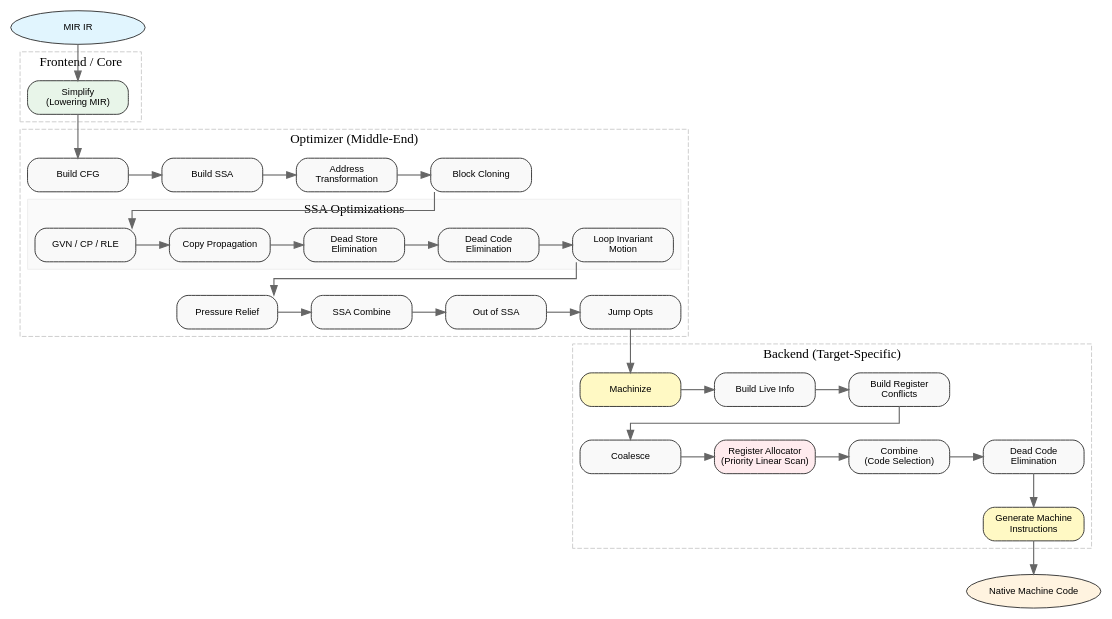
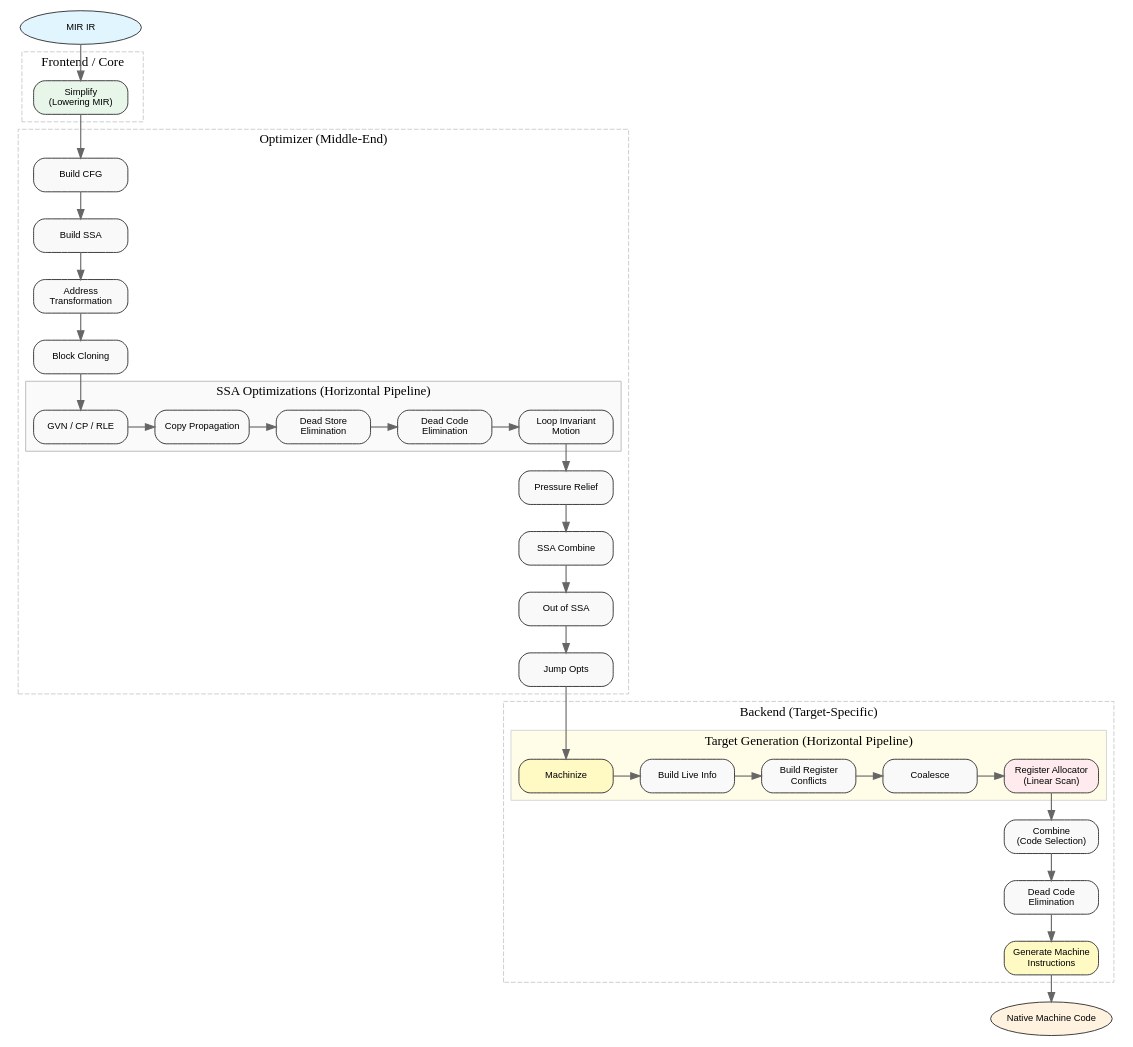
The diagram in doc/_static/diagrams/pipeline.dot (cyrilmhansen/mir-sys), drawn with Graphviz before and after one commit. The commit also changed 2 other files, not shown here.

Commit message:
Docs: reorganize pipeline diagram with strict horizontal groups for SSA and Backend phases

```diff
--- a/doc/_static/diagrams/pipeline.dot
+++ b/doc/_static/diagrams/pipeline.dot
@@ -1,133 +1,117 @@
 digraph MIR_Optimization_Pipeline {
     rankdir=TB;
-    newrank=true; /* Important for mixing ranks between subgraphs if needed, though we generally stay localized */
-    splines=ortho; /* Orthogonal lines look neater for grid layouts */
-    nodesep=0.5;
-    ranksep=0.5;
+    newrank=true;
+    splines=ortho;
+    nodesep=0.4;
+    ranksep=0.4;
     
-    node [shape=box, style="filled,rounded", fontname="Arial", fontsize=10, fillcolor="#f9f9f9", color="#333333", width=1.5];
+    node [shape=box, style="filled,rounded", fontname="Arial", fontsize=10, fillcolor="#f9f9f9", color="#333333", width=1.4];
     edge [color="#666666", penwidth=1.2];
 
     /* Terminals */
-    MIR [shape=ellipse, fillcolor="#e1f5fe", label="MIR IR", width=2];
-    MachineCode [shape=ellipse, fillcolor="#fff3e0", label="Native Machine Code", width=2];
+    MIR [shape=ellipse, fillcolor="#e1f5fe", label="MIR IR", width=1.8];
+    MachineCode [shape=ellipse, fillcolor="#fff3e0", label="Native Machine Code", width=1.8];
 
     /* FRONTEND */
     subgraph cluster_frontend {
         label = "Frontend / Core";
         style = dashed;
         color = "#cccccc";
         Simplify [label="Simplify\n(Lowering MIR)", fillcolor="#e8f5e9", URL="19_mir_implementation.html#the-simplifier-s-toolbox-simplify-func"];
     }
 
     /* MIDDLE-END */
     subgraph cluster_middle_end {
         label = "Optimizer (Middle-End)";
         style = dashed;
         color = "#cccccc";
         
-        /* Row 1: Setup */
-        { rank=same; BuildCFG; BuildSSA; AddrTrans; BlockCloning; }
-        
+        /* Row 1: Setup - Vertical Transition to Row 2 */
         BuildCFG [label="Build CFG", URL="#the-architect-s-blueprint-build-func-cfg"];
         BuildSSA [label="Build SSA", URL="#the-single-truth-ssa-construction"];
         AddrTrans [label="Address\nTransformation", URL="#from-abstract-to-concrete-address-transformation"];
         BlockCloning [label="Block Cloning", URL="#path-specialization-basic-block-cloning"];
         
-        /* Row 2: SSA Opts */
+        /* Row 2: SSA Opts - HORIZONTAL GROUP */
         subgraph cluster_ssa_opts {
-            label = "SSA Optimizations";
+            label = "SSA Optimizations (Horizontal Pipeline)";
             fillcolor="#fafafa";
             style=filled;
-            color="#eeeeee";
+            color="#bbbbbb";
             
             { rank=same; GVN; CopyProp; DSE; DCE1; LICM; }
             
             GVN [label="GVN / CP / RLE", URL="#the-grand-library-global-value-numbering-gvn"];
             CopyProp [label="Copy Propagation", URL="#the-vanishing-act-copy-propagation"];
             DSE [label="Dead Store\nElimination", URL="#cleaning-the-warehouses-dead-store-elimination-dse"];
             DCE1 [label="Dead Code\nElimination"];
             LICM [label="Loop Invariant\nMotion", URL="#escaping-the-loop-loop-invariant-code-motion-licm"];
+            
+            GVN -> CopyProp -> DSE -> DCE1 -> LICM;
         }
         
         /* Row 3: Teardown */
-        { rank=same; PressureRelief; SSACombine; OutSSA; JumpOpts; }
-        
         PressureRelief [label="Pressure Relief"];
         SSACombine [label="SSA Combine", URL="#the-merging-pass-instruction-combining-ssa-combine"];
         OutSSA [label="Out of SSA", URL="#the-final-handover-conventional-ssa-make-conventional-ssa"];
         JumpOpts [label="Jump Opts", URL="#the-path-smoother-jump-optimization-jump-opt"];
     }
 
     /* BACKEND */
     subgraph cluster_backend {
         label = "Backend (Target-Specific)";
         style = dashed;
         color = "#cccccc";
         
-        /* Row 4: Preparation */
-        { rank=same; Machinize; BuildLive; BuildConflicts; }
-        
-        Machinize [label="Machinize", fillcolor="#fff9c4", URL="#handover-to-the-metal-target-translation"];
-        BuildLive [label="Build Live Info", URL="#mapping-existence-live-range-analysis"];
-        BuildConflicts [label="Build Register\nConflicts", URL="#aggressive-register-coalescing-coalesce"];
+        /* Row 4: Backend Pipeline - HORIZONTAL GROUP */
+        subgraph cluster_target_gen {
+            label = "Target Generation (Horizontal Pipeline)";
+            fillcolor="#fffde7";
+            style=filled;
+            color="#d4d4d4";
+            
+            { rank=same; Machinize; BuildLive; BuildConflicts; Coalesce; RA; }
+            
+            Machinize [label="Machinize", fillcolor="#fff9c4", URL="#handover-to-the-metal-target-translation"];
+            BuildLive [label="Build Live Info", URL="#mapping-existence-live-range-analysis"];
+            BuildConflicts [label="Build Register\nConflicts", URL="#aggressive-register-coalescing-coalesce"];
+            Coalesce [label="Coalesce"];
+            RA [label="Register Allocator\n(Linear Scan)", fillcolor="#ffebee", URL="#the-allocation-war-linear-scan-ra"];
+            
+            Machinize -> BuildLive -> BuildConflicts -> Coalesce -> RA;
+        }
 
-        /* Row 5: Allocation */
-        { rank=same; Coalesce; RA; Combine; DCE2; }
-        
-        Coalesce [label="Coalesce"];
-        RA [label="Register Allocator\n(Priority Linear Scan)", fillcolor="#ffebee", URL="#the-allocation-war-linear-scan-ra"];
         Combine [label="Combine\n(Code Selection)"];
         DCE2 [label="Dead Code\nElimination"];
-
-        /* Final Step */
         GenMachine [label="Generate Machine\nInstructions", fillcolor="#fff9c4"];
     }
 
-    /* Wiring the flow - The "Snake" Pattern */
-    
-    /* Start */
+    /* Main Vertical Flow and Transitions */
     MIR -> Simplify;
     Simplify -> BuildCFG;
-    
-    /* Row 1 Flow */
     BuildCFG -> BuildSSA;
     BuildSSA -> AddrTrans;
     AddrTrans -> BlockCloning;
     
-    /* Row 1 to Row 2 (Down and Left) */
-    BlockCloning -> GVN [dir=forward]; 
+    /* Transition to Horizontal SSA Group */
+    BlockCloning -> GVN;
     
-    /* Row 2 Flow */
-    GVN -> CopyProp;
-    CopyProp -> DSE;
-    DSE -> DCE1;
-    DCE1 -> LICM;
+    /* Transition out of Horizontal SSA Group */
+    LICM -> PressureRelief;
     
-    /* Row 2 to Row 3 (Down and Left) */
-    LICM -> PressureRelief [dir=forward];
-    
-    /* Row 3 Flow */
+    /* Middle-End Teardown */
     PressureRelief -> SSACombine;
     SSACombine -> OutSSA;
     OutSSA -> JumpOpts;
     
-    /* Row 3 to Row 4 (Backend) */
-    JumpOpts -> Machinize [dir=forward];
+    /* Transition to Horizontal Backend Group */
+    JumpOpts -> Machinize;
     
-    /* Row 4 Flow */
-    Machinize -> BuildLive;
-    BuildLive -> BuildConflicts;
+    /* Transition out of Horizontal Backend Group */
+    RA -> Combine;
     
-    /* Row 4 to Row 5 */
-    BuildConflicts -> Coalesce [dir=forward];
-    
-    /* Row 5 Flow */
-    Coalesce -> RA;
-    RA -> Combine;
+    /* Backend Finalization */
     Combine -> DCE2;
-    
-    /* Final */
     DCE2 -> GenMachine;
     GenMachine -> MachineCode;
 }
```
